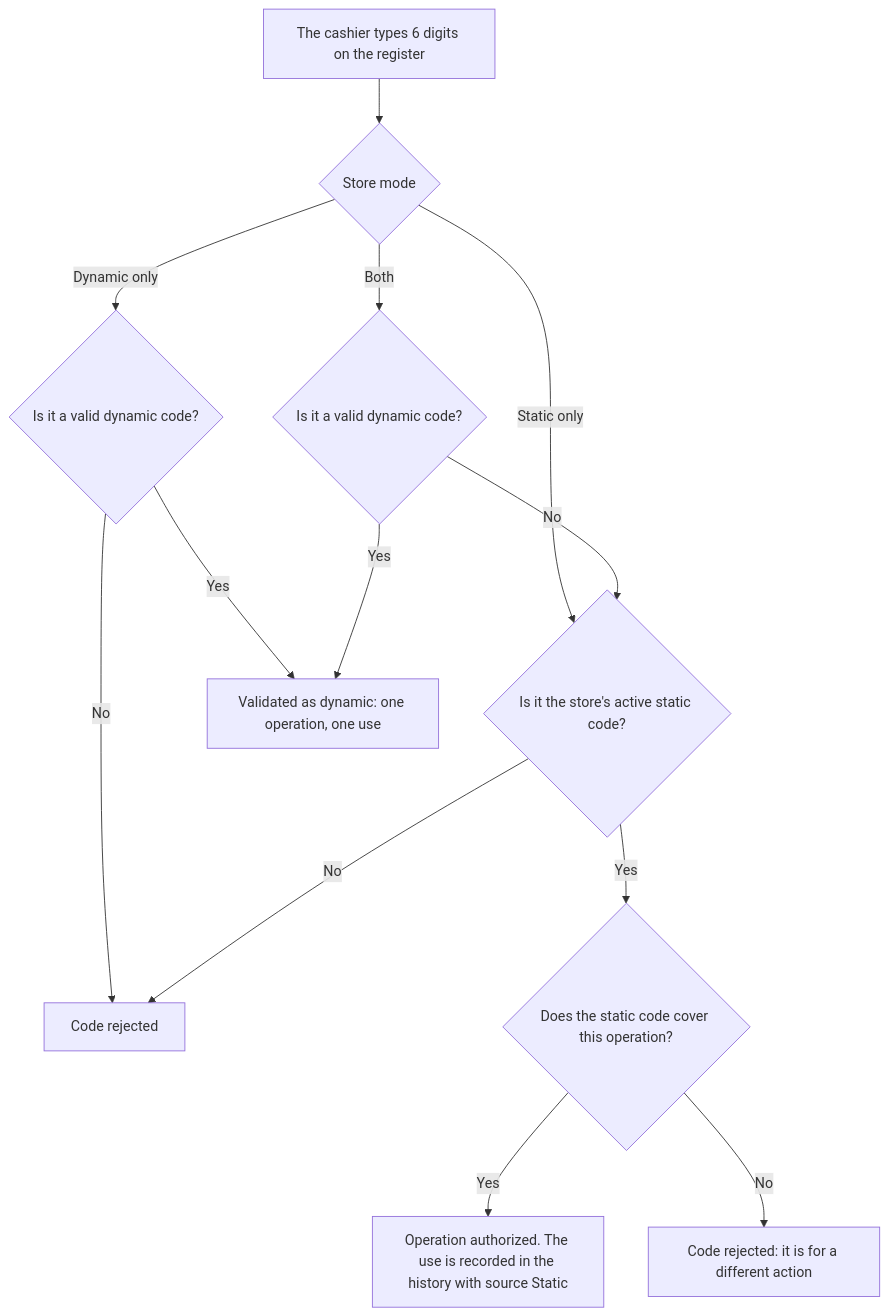
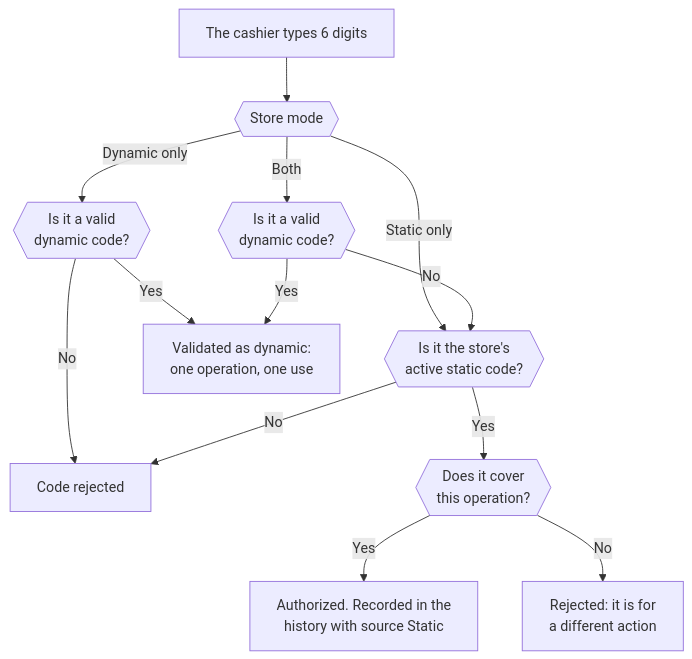
Before and after one commit to fire-rest/documentation: the first of 2 diagrams in en/manuals/pos/static-authorization-code.mdx, drawn with Mermaid. The commit also changed other lines of this file and 2 other files, not shown here.

First line of the commit message:
docs(pos): diagramas del código fijo más compactos y legibles

````diff
--- a/en/manuals/pos/static-authorization-code.mdx
+++ b/en/manuals/pos/static-authorization-code.mdx
@@ -49,15 +49,15 @@
 ```mermaid
 flowchart TD
-    A["The cashier types 6 digits on the register"] --> B{"Store mode"}
-    B -->|Dynamic only| C{"Is it a valid dynamic code?"}
-    B -->|Both| D{"Is it a valid dynamic code?"}
-    B -->|Static only| E{"Is it the store's active static code?"}
-    C -->|Yes| F["Validated as dynamic: one operation, one use"]
+    A["The cashier types 6 digits"] --> B{{"Store mode"}}
+    B -->|Dynamic only| C{{"Is it a valid<br/>dynamic code?"}}
+    B -->|Both| D{{"Is it a valid<br/>dynamic code?"}}
+    B -->|Static only| E{{"Is it the store's<br/>active static code?"}}
+    C -->|Yes| F["Validated as dynamic:<br/>one operation, one use"]
     C -->|No| X["Code rejected"]
     D -->|Yes| F
     D -->|No| E
     E -->|No| X
-    E -->|Yes| G{"Does the static code cover this operation?"}
-    G -->|Yes| H["Operation authorized. The use is recorded in the history with source Static"]
-    G -->|No| Y["Code rejected: it is for a different action"]
+    E -->|Yes| G{{"Does it cover<br/>this operation?"}}
+    G -->|Yes| H["Authorized. Recorded in the<br/>history with source Static"]
+    G -->|No| Y["Rejected: it is for<br/>a different action"]
 ```
````
